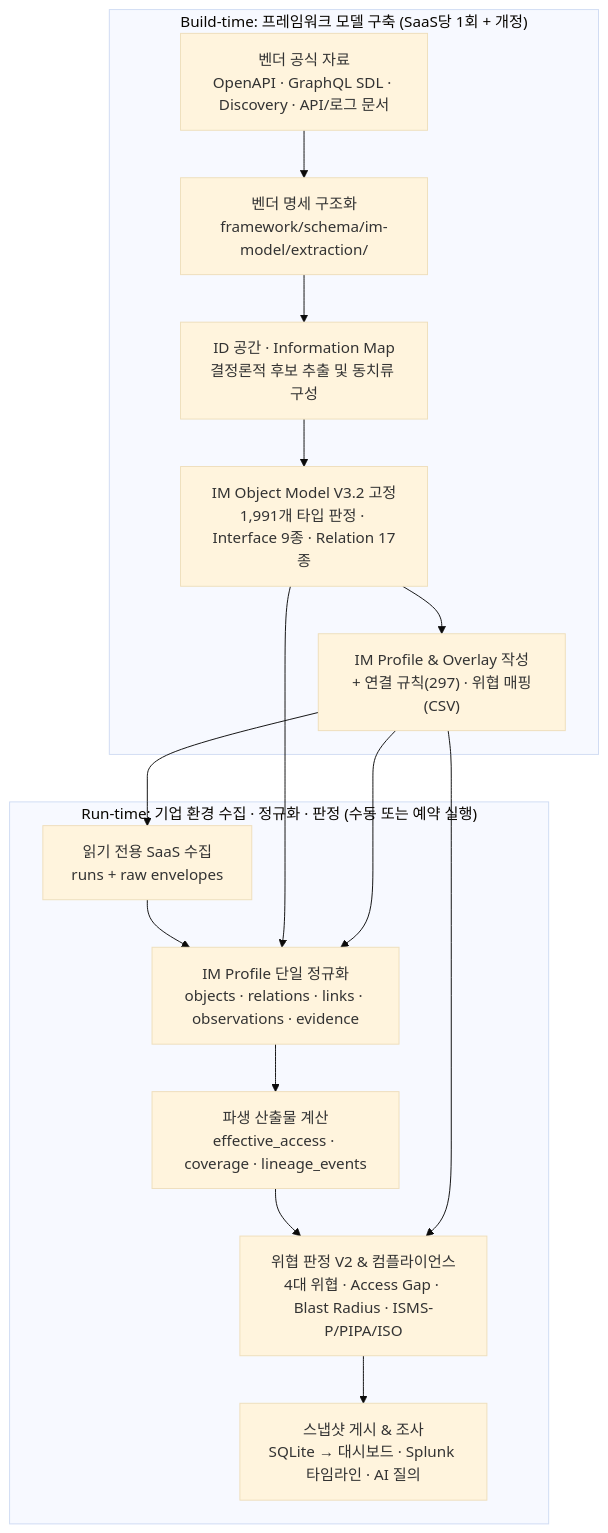
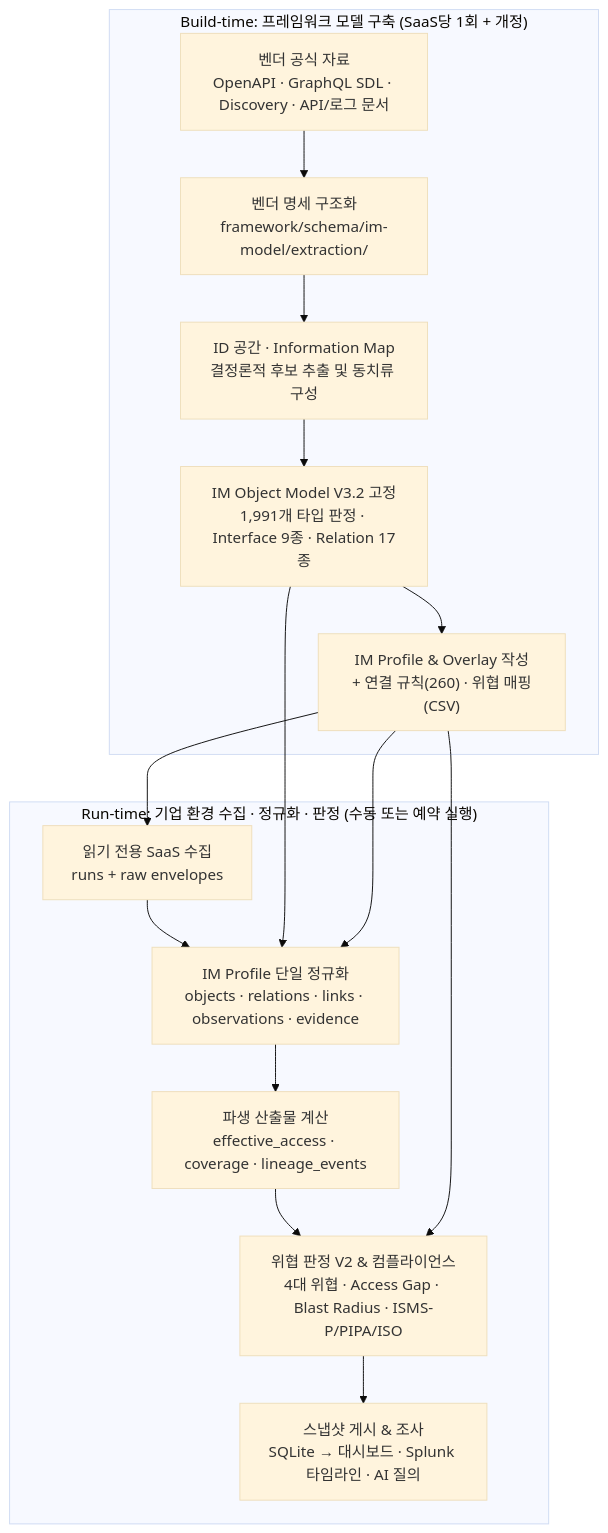
Before and after one commit to AEGI-Inc/aegi-framework: the diagram in docs/01-overview/pipeline.md, drawn with Mermaid (base theme). The commit also changed 30 other files, not shown here.

````diff
--- a/docs/01-overview/pipeline.md
+++ b/docs/01-overview/pipeline.md
@@ -5,25 +5,25 @@
 ```mermaid
 flowchart TB
   subgraph Build["Build-time: 프레임워크 모델 구축 (SaaS당 1회 + 개정)"]
     B1["벤더 공식 자료<br/>OpenAPI · GraphQL SDL · Discovery · API/로그 문서"]
     B2["벤더 명세 구조화<br/>framework/schema/im-model/extraction/"]
     B3["ID 공간 · Information Map<br/>결정론적 후보 추출 및 동치류 구성"]
     B4["IM Object Model V3.2 고정<br/>1,991개 타입 판정 · Interface 9종 · Relation 17종"]
-    B5["IM Profile & Overlay 작성<br/>+ 연결 규칙(297) · 위협 매핑(CSV)"]
+    B5["IM Profile & Overlay 작성<br/>+ 연결 규칙(260) · 위협 매핑(CSV)"]
     B1 --> B2 --> B3 --> B4 --> B5
   end
 
   subgraph Run["Run-time: 기업 환경 수집 · 정규화 · 판정 (수동 또는 예약 실행)"]
     R1["읽기 전용 SaaS 수집<br/>runs + raw envelopes"]
     R2["IM Profile 단일 정규화<br/>objects · relations · links · observations · evidence"]
     R3["파생 산출물 계산<br/>effective_access · coverage · lineage_events"]
     R4["위협 판정 V2 & 컴플라이언스<br/>4대 위협 · Access Gap · Blast Radius · ISMS-P/PIPA/ISO"]
     R5["스냅샷 게시 & 조사<br/>SQLite → 대시보드 · Splunk 타임라인 · AI 질의"]
     R1 --> R2 --> R3 --> R4 --> R5
   end
 
   B4 --> R2
   B5 --> R1
   B5 --> R2
   B5 --> R4
 ```
````
